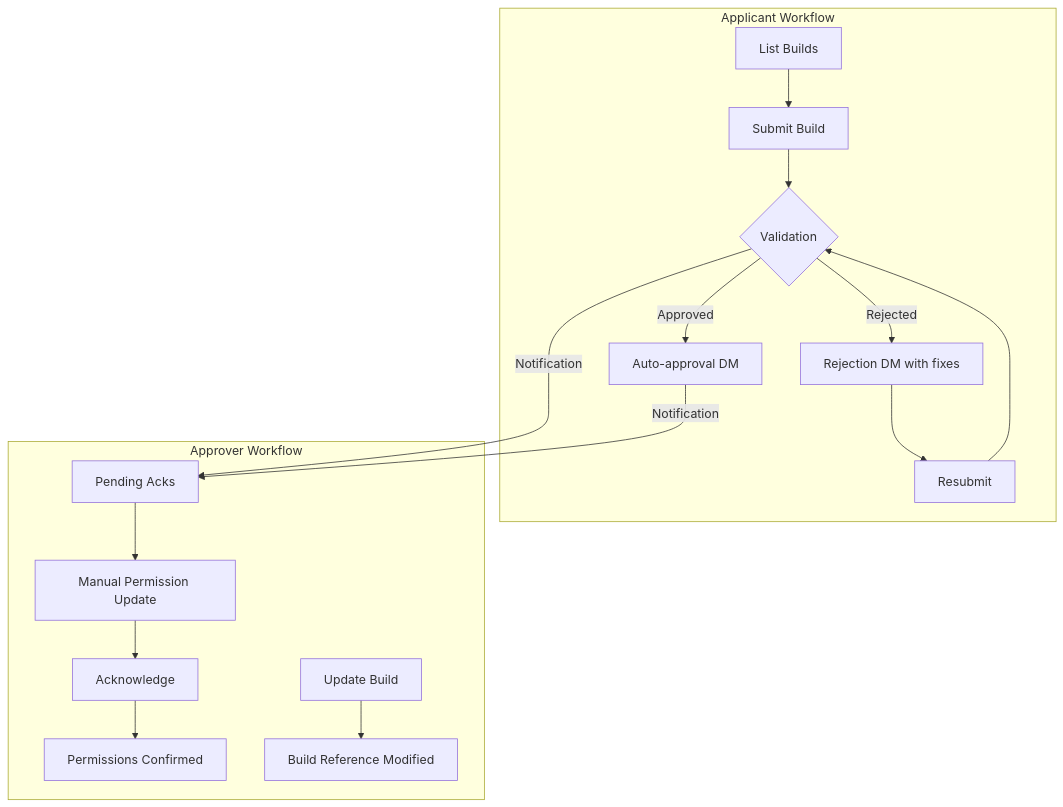
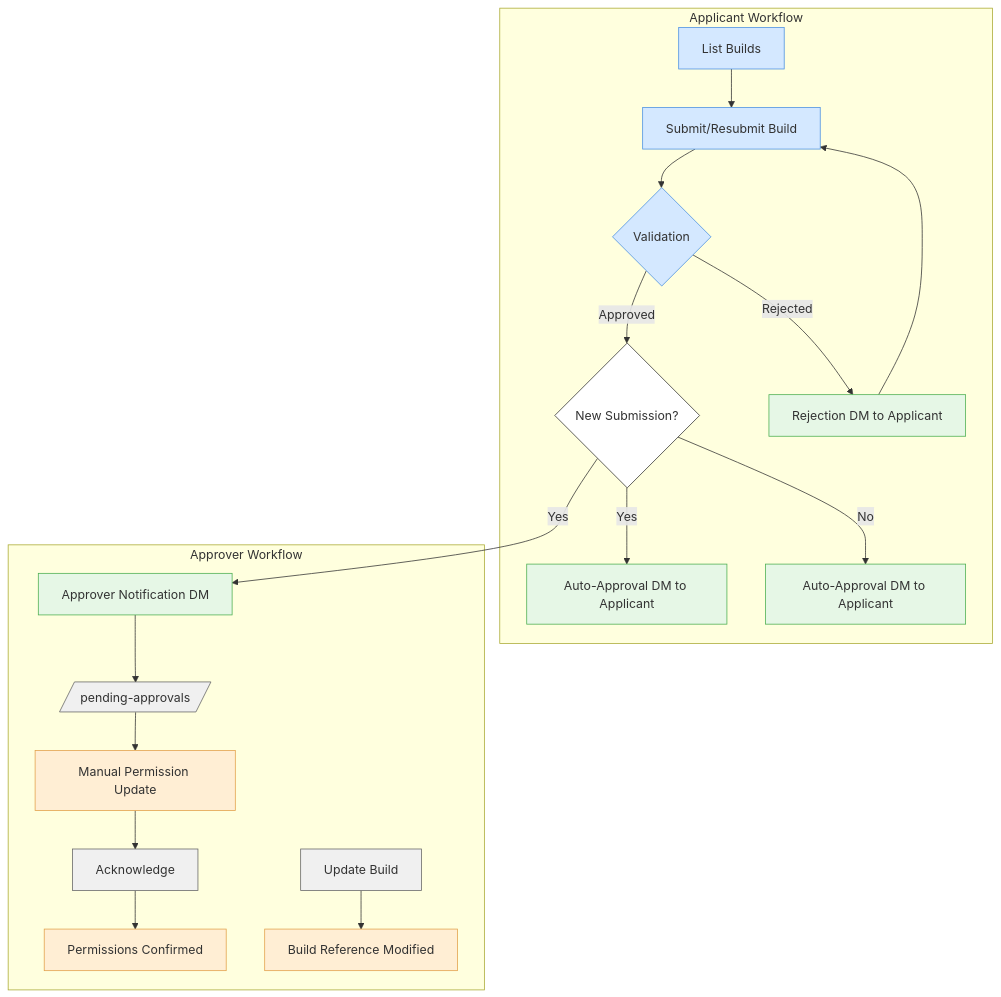
One commit to ctse2k1/sfl-public-projects changed the diagram in SFL_Approved_Builds_Verification_Bot.md. Above: the diagram before and after it, drawn with Mermaid. The commit also changed other lines of this file, not shown here.

First line of the commit message:
Update SFL_Approved_Builds_Verification_Bot.md

````diff
--- a/SFL_Approved_Builds_Verification_Bot.md
+++ b/SFL_Approved_Builds_Verification_Bot.md
@@ -47,21 +81,33 @@
 ```mermaid
 flowchart TB
     subgraph Applicant Workflow
-        A[List Builds] --> B[Submit Build]
+        A[List Builds] --> B[Submit/Resubmit Build]
         B --> C{Validation}
-        C -->|Approved| D[Auto-approval DM]
-        C -->|Rejected| E[Rejection DM with fixes]
-        E --> F[Resubmit]
-        F --> C
+        C -->|Approved| CA{New Submission?}
+        CA -->|Yes| D[Auto-Approval DM to Applicant]
+        CA -->|No| DUP[Auto-Approval DM to Applicant]
+        C -->|Rejected| E[Rejection DM to Applicant]
+        E --> B
     end
 
     subgraph Approver Workflow
-        G[Pending Acks] --> H[Manual Permission Update]
+        CA -->|Yes| F[Approver Notification DM]
+        F --> G[/pending-approvals/]
+        G --> H[Manual Permission Update]
         H --> I[Acknowledge]
         I --> J[Permissions Confirmed]
         K[Update Build] --> L[Build Reference Modified]
     end
 
-    C -->|Notification| G
-    D -->|Notification| G
+    classDef applicant fill:#d4e8ff,stroke:#4a90e2;
+    classDef approver fill:#ffeed4,stroke:#e2a04a;
+    classDef notification fill:#e6f7e6,stroke:#4CAF50;
+    classDef command fill:#f0f0f0,stroke:#666;
+    classDef decision fill:#fff,stroke:#333;
+    
+    class A,B,C,CA,D,E,DUP applicant;
+    class F,G,H,I,J,K,L approver;
+    class D,E,F,DUP notification;
+    class G,I,K command;
+    class CA decision;
 ```
````
